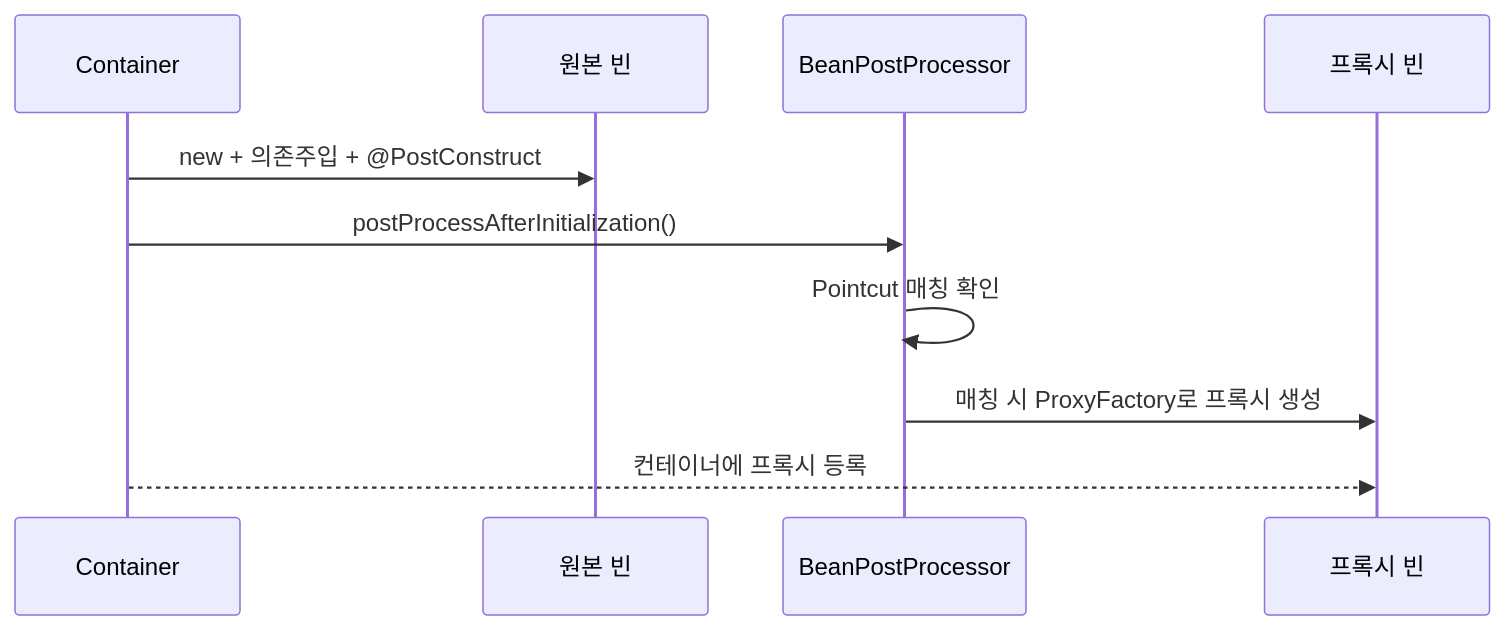
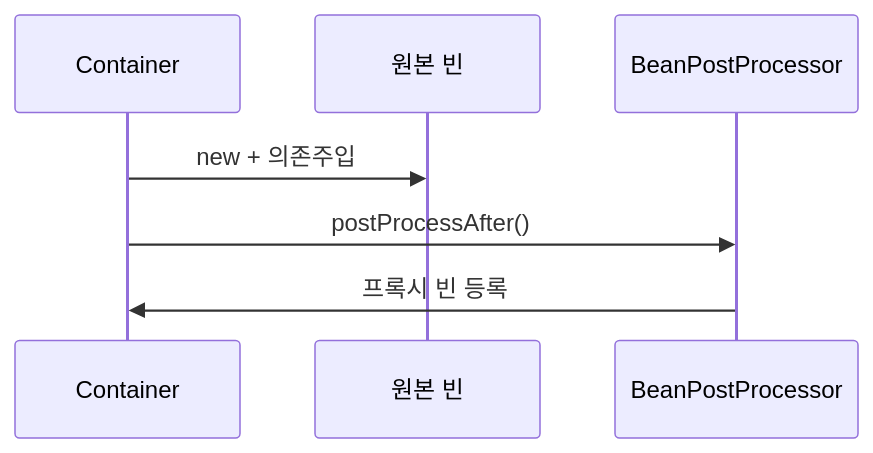
One commit to yjkim2015/yjkim2015.github.io changed the eighth of 11 diagrams in _posts/spring/2026-05-02-spring-core-advanced.md. Above: the diagram before and after it, drawn with Mermaid. The commit also changed other lines of this file and 155 other files, not shown here.

First line of the commit message:
Mermaid 전면 수정: subgraph 제거, participant/노드/줄수 축소 (342블록)

````diff
--- a/_posts/spring/2026-05-02-spring-core-advanced.md
+++ b/_posts/spring/2026-05-02-spring-core-advanced.md
@@ -498,12 +484,9 @@
 ```mermaid
 sequenceDiagram
     participant C as Container
     participant O as 원본 빈
     participant BPP as BeanPostProcessor
-    participant P as 프록시 빈
-    C->>O: new + 의존주입 + @PostConstruct
-    C->>BPP: postProcessAfterInitialization()
-    BPP->>BPP: Pointcut 매칭 확인
-    BPP->>P: 매칭 시 ProxyFactory로 프록시 생성
-    C-->>P: 컨테이너에 프록시 등록
+    C->>O: new + 의존주입
+    C->>BPP: postProcessAfter()
+    BPP->>C: 프록시 빈 등록
 ```
````
